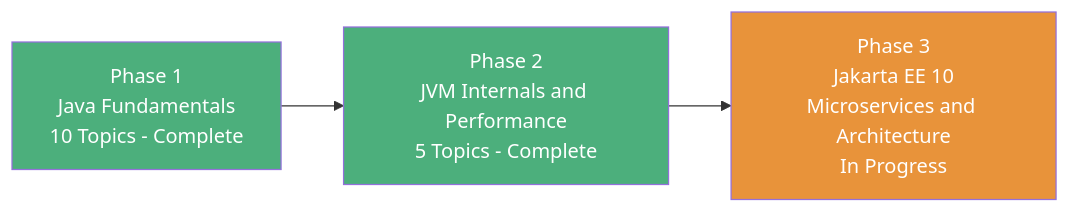
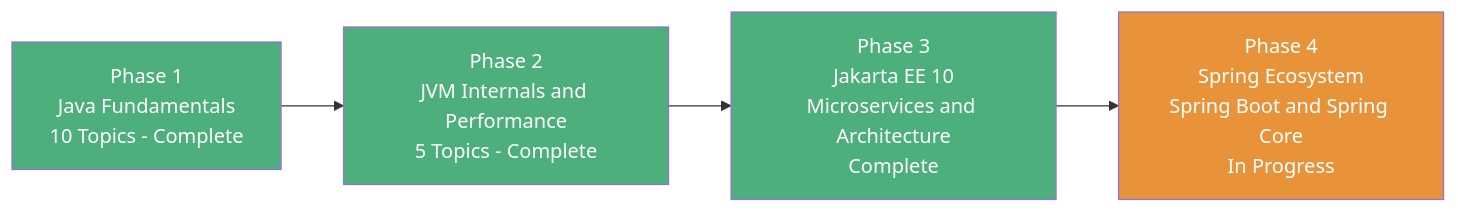
Before and after one commit to 7amo10/My-Java-Rodemap: the diagram in docs/notes/index.md, drawn with Mermaid. The commit also changed other lines of this file and 15 other files, not shown here.

Commit message:
feat(phase-4): complete Spring Ecosystem Week-1 and Week-2 with lab guides and full notes

````diff
--- a/docs/notes/index.md
+++ b/docs/notes/index.md
@@ -9,10 +9,12 @@
 ```mermaid
 flowchart LR
     P1["Phase 1<br/>Java Fundamentals<br/>10 Topics - Complete"]
     --> P2["Phase 2<br/>JVM Internals and Performance<br/>5 Topics - Complete"]
-    --> P3["Phase 3<br/>Jakarta EE 10<br/>Microservices and Architecture<br/>In Progress"]
+    --> P3["Phase 3<br/>Jakarta EE 10<br/>Microservices and Architecture<br/>Complete"]
+    --> P4["Phase 4<br/>Spring Ecosystem<br/>Spring Boot and Spring Core<br/>In Progress"]
 
     style P1 fill:#4caf7c,color:#fff
     style P2 fill:#4caf7c,color:#fff
-    style P3 fill:#e8933a,color:#fff
+    style P3 fill:#4caf7c,color:#fff
+    style P4 fill:#e8933a,color:#fff
 ```
````
